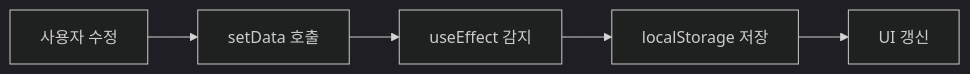
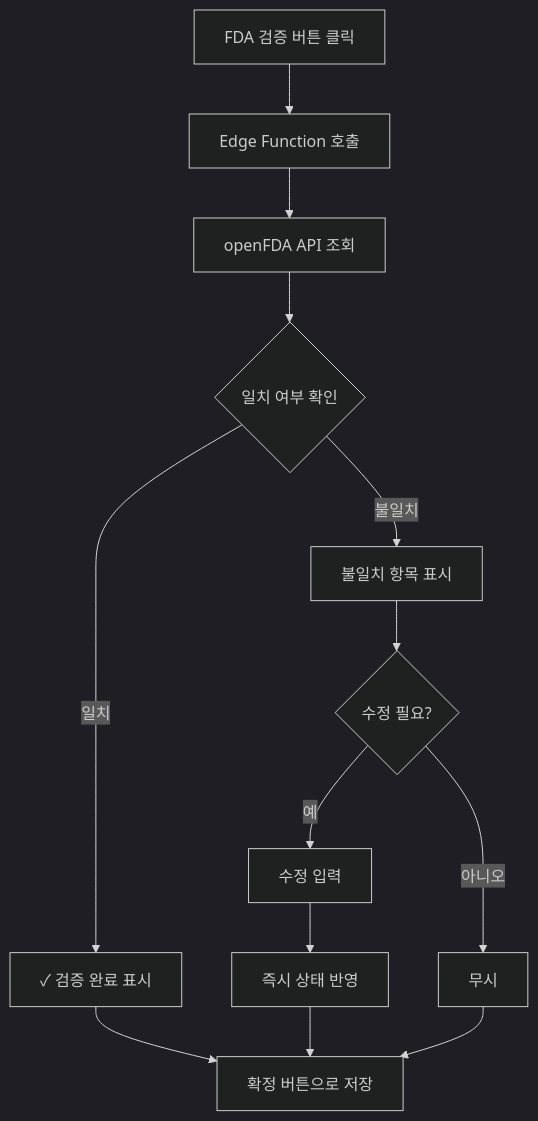
Before and after one commit to Lucy1315/us-fda-approval: the fourth of 4 diagrams in docs/DASHBOARD_IMPLEMENTATION.md, drawn with Mermaid (dark theme). The commit also changed other lines of this file and 1 other file, not shown here.

````diff
--- a/docs/DASHBOARD_IMPLEMENTATION.md
+++ b/docs/DASHBOARD_IMPLEMENTATION.md
@@ -186,7 +236,18 @@
 ```mermaid
-graph LR
-    A[사용자 수정] --> B[setData 호출]
-    B --> C[useEffect 감지]
-    C --> D[localStorage 저장]
-    D --> E[UI 갱신]
+graph TD
+    A[FDA 검증 버튼 클릭] --> B[Edge Function 호출]
+    B --> C[openFDA API 조회]
+    C --> D{일치 여부 확인}
+    
+    D -->|일치| E[✓ 검증 완료 표시]
+    D -->|불일치| F[불일치 항목 표시]
+    
+    F --> G{수정 필요?}
+    G -->|예| H[수정 입력]
+    H --> I[즉시 상태 반영]
+    G -->|아니오| J[무시]
+    
+    I --> K[확정 버튼으로 저장]
+    E --> K
+    J --> K
 ```
````
